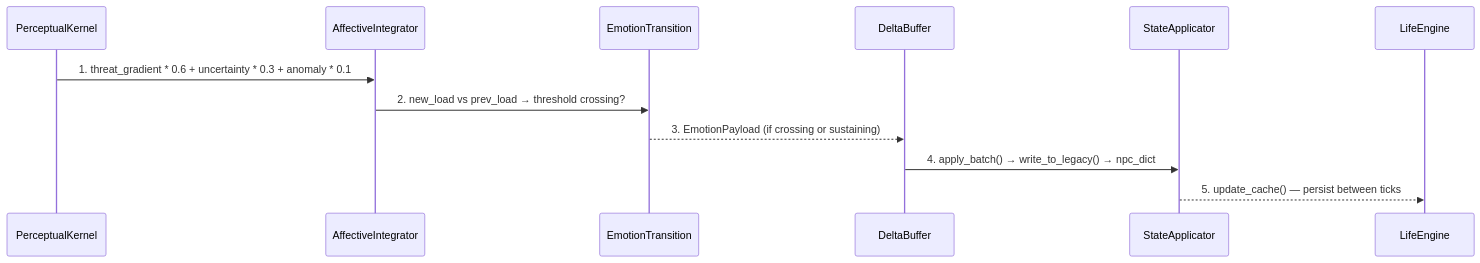
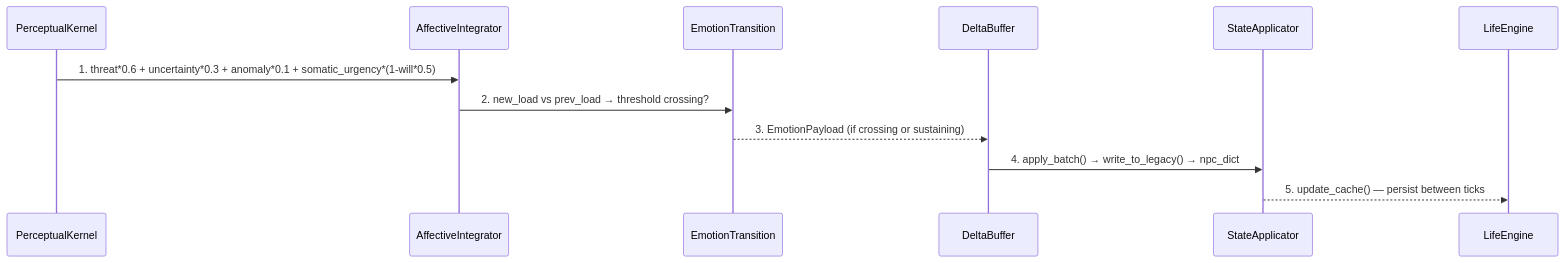
One commit to 4Um4/Enigma changed diagram 12 of 29 in docs/ARCHITECTURE_FLOW_GENERATED.md. Above: the diagram before and after it, drawn with Mermaid. The commit also changed other lines of this file and 768 other files, not shown here.

````diff
--- a/docs/ARCHITECTURE_FLOW_GENERATED.md
+++ b/docs/ARCHITECTURE_FLOW_GENERATED.md
@@ -587,14 +734,14 @@
 ```mermaid
 sequenceDiagram
 participant PerceptualKernel
 participant AffectiveIntegrator
 participant EmotionTransition
 participant DeltaBuffer
 participant StateApplicator
 participant LifeEngine
-PerceptualKernel->>AffectiveIntegrator: 1. threat_gradient * 0.6 + uncertainty * 0.3 + anomaly * 0.1
+PerceptualKernel->>AffectiveIntegrator: 1. threat*0.6 + uncertainty*0.3 + anomaly*0.1 + somatic_urgency*(1-will*0.5)
 AffectiveIntegrator->>EmotionTransition: 2. new_load vs prev_load → threshold crossing?
 EmotionTransition-->>DeltaBuffer: 3. EmotionPayload (if crossing or sustaining)
 DeltaBuffer->>StateApplicator: 4. apply_batch() → write_to_legacy() → npc_dict
 StateApplicator-->>LifeEngine: 5. update_cache() — persist between ticks
 ```
````
